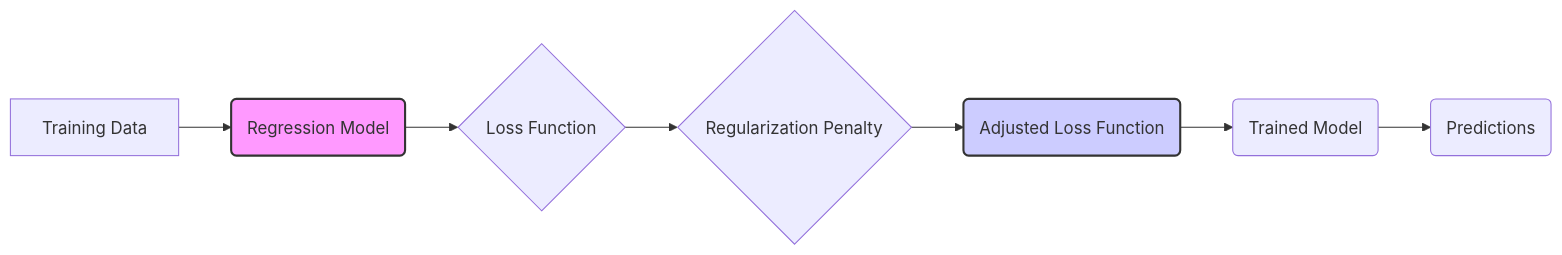
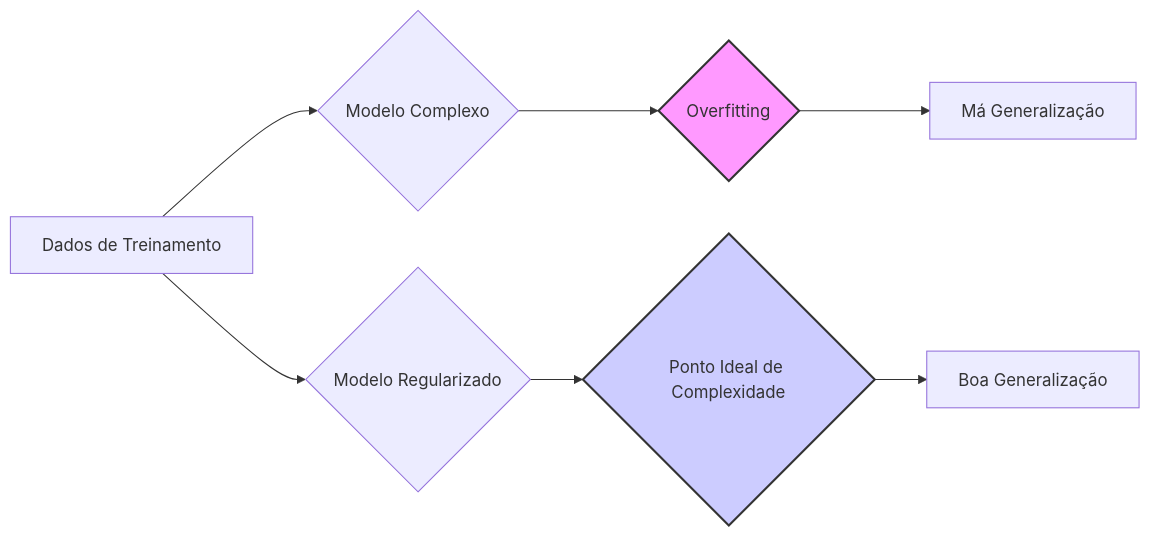
Before and after one commit to diegomrodrigues/statistical_learning_notes: the first of 3 diagrams in 01. Linear Regression/01. Key Themes/02. Regularization Techniques.md, drawn with Mermaid. The commit also changed other lines of this file and 1 other file, not shown here.

````diff
--- a/01. Linear Regression/01. Key Themes/02. Regularization Techniques.md
+++ b/01. Linear Regression/01. Key Themes/02. Regularization Techniques.md
@@ -3,12 +3,11 @@
 ```mermaid
 graph LR
-    A["Training Data"] --> B("Regression Model");
-    B --> C{"Loss Function"};
-    C --> D{"Regularization Penalty"};
-    D --> E("Adjusted Loss Function");
-    E --> F("Trained Model");
-    F --> G("Predictions");
-    style B fill:#f9f,stroke:#333,stroke-width:2px
-    style E fill:#ccf,stroke:#333,stroke-width:2px
-    
+    A["Dados de Treinamento"] --> B{"Modelo Complexo"};
+    B --> C{Overfitting};
+    C --> D["Má Generalização"];
+    A --> E{"Modelo Regularizado"};
+    E --> F{"Ponto Ideal de Complexidade"};
+    F --> G["Boa Generalização"];
+    style C fill:#f9f,stroke:#333,stroke-width:2px
+    style F fill:#ccf,stroke:#333,stroke-width:2px
 ```
````
